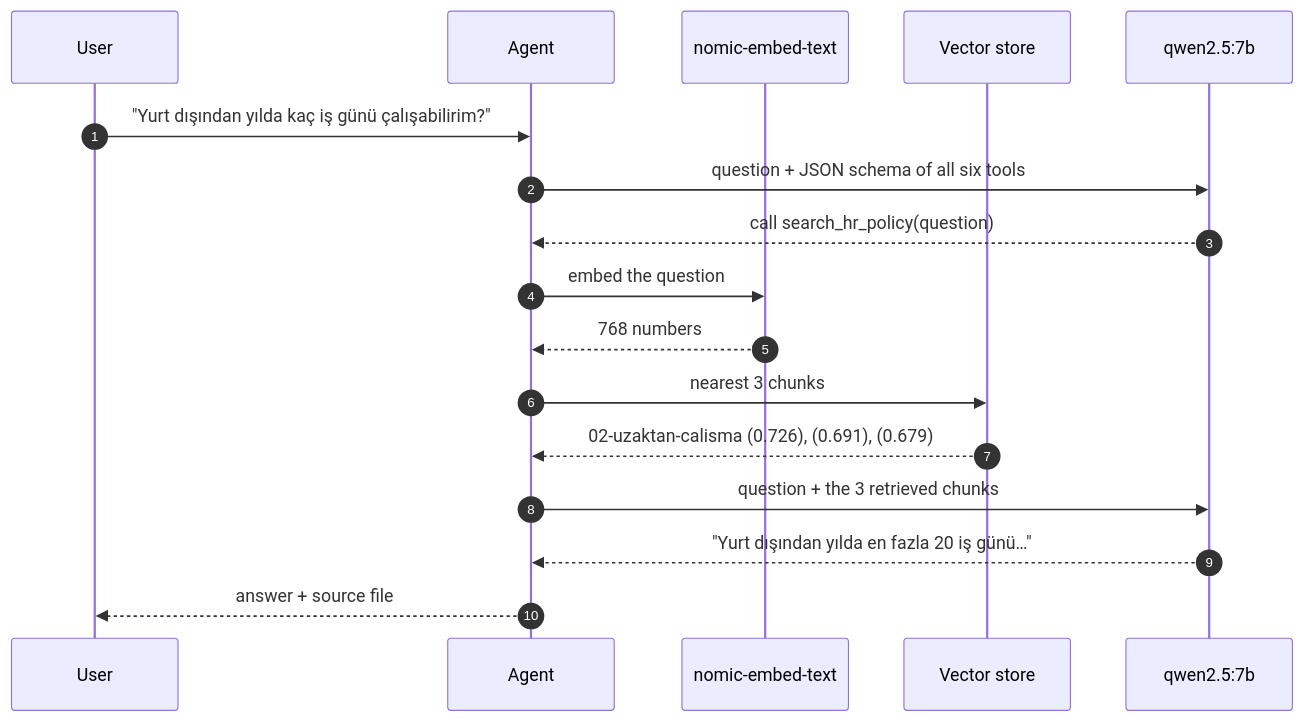
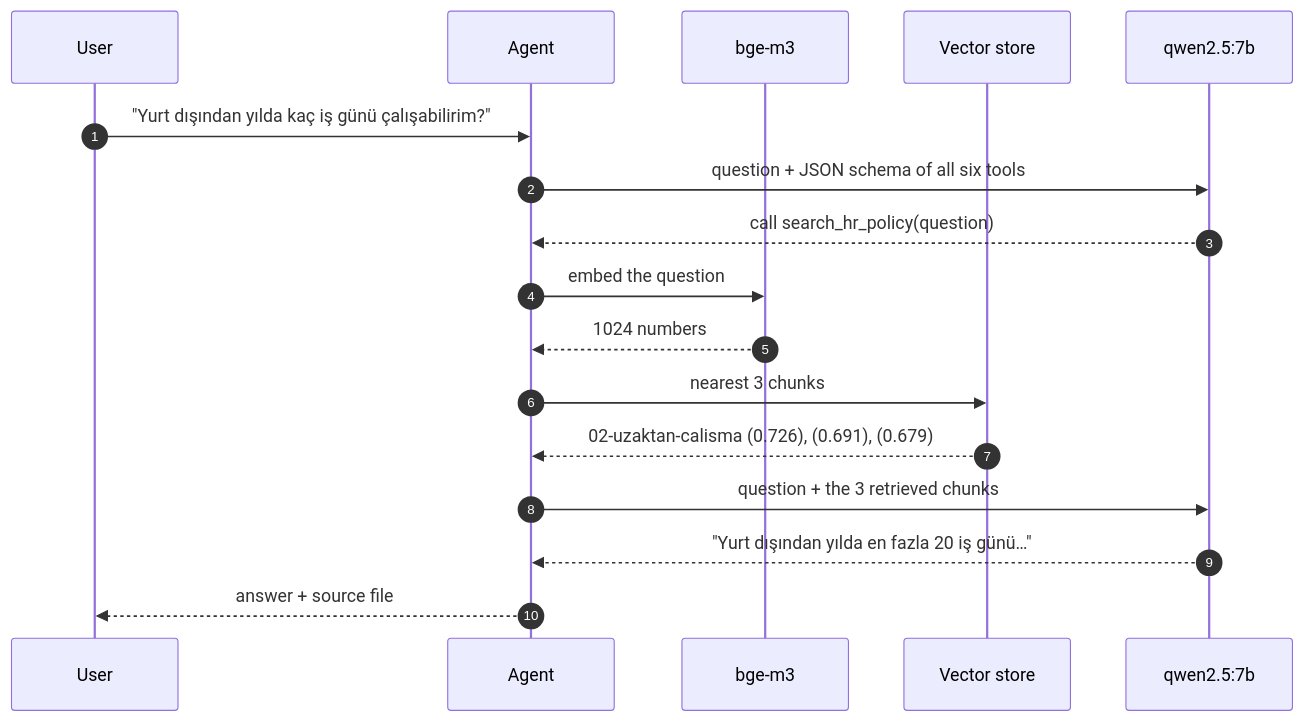
One commit to ibrahimtombul/RagAgentLab changed the third of 3 diagrams in README.md. Above: the diagram before and after it, drawn with Mermaid. The commit also changed other lines of this file and 15 other files, not shown here.

````diff
--- a/README.md
+++ b/README.md
@@ -213,20 +213,20 @@
 ```mermaid
 sequenceDiagram
     autonumber
     participant U as User
     participant A as Agent
-    participant E as nomic-embed-text
+    participant E as bge-m3
     participant S as Vector store
     participant L as qwen2.5:7b
 
     U->>A: "Yurt dışından yılda kaç iş günü çalışabilirim?"
     A->>L: question + JSON schema of all six tools
     L-->>A: call search_hr_policy(question)
     A->>E: embed the question
-    E-->>A: 768 numbers
+    E-->>A: 1024 numbers
     A->>S: nearest 3 chunks
     S-->>A: 02-uzaktan-calisma (0.726), (0.691), (0.679)
     A->>L: question + the 3 retrieved chunks
     L-->>A: "Yurt dışından yılda en fazla 20 iş günü…"
     A-->>U: answer + source file
 ```
````
